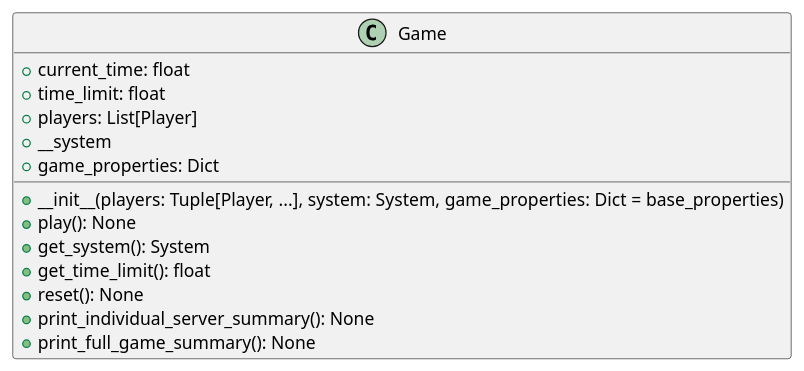
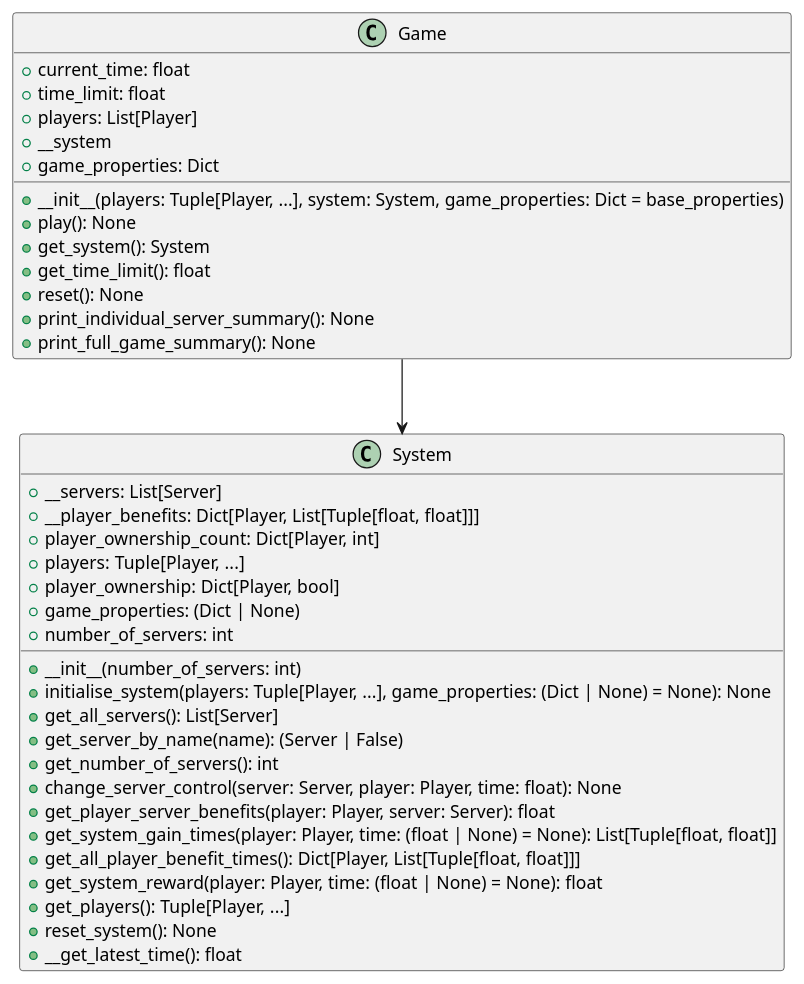
Before and after one commit to ruipimentel/FlipThem-Simulation: the diagram in DOCS/class-diagram.puml, drawn with PlantUML. The commit also changed 1 other file, not shown here.

Commit message:
Increments documentation on `System` class.

```diff
--- a/DOCS/class-diagram.puml
+++ b/DOCS/class-diagram.puml
@@ -1,18 +1,43 @@
 @startuml "class-diagram"
 
 class Game {
   + {field} current_time: float
   + {field} time_limit: float
   + {field} players: List[Player]
   + {field} __system
   + {field} game_properties: Dict
   + __init__(players: Tuple[Player, ...], system: System, game_properties: Dict = base_properties)
   + play(): None
   + get_system(): System
   + get_time_limit(): float
   + reset(): None
   + print_individual_server_summary(): None
   + print_full_game_summary(): None
 }
 
+class System {
+  + {field} __servers: List[Server]
+  + {field} __player_benefits: Dict[Player, List[Tuple[float, float]]]
+  + {field} player_ownership_count: Dict[Player, int]
+  + {field} players: Tuple[Player, ...]
+  + {field} player_ownership: Dict[Player, bool]
+  + {field} game_properties: (Dict | None)
+  + {field} number_of_servers: int
+  + __init__(number_of_servers: int)
+  + initialise_system(players: Tuple[Player, ...], game_properties: (Dict | None) = None): None
+  + get_all_servers(): List[Server]
+  + get_server_by_name(name): (Server | False)
+  + get_number_of_servers(): int
+  + change_server_control(server: Server, player: Player, time: float): None
+  + get_player_server_benefits(player: Player, server: Server): float
+  + get_system_gain_times(player: Player, time: (float | None) = None): List[Tuple[float, float]]
+  + get_all_player_benefit_times(): Dict[Player, List[Tuple[float, float]]]
+  + get_system_reward(player: Player, time: (float | None) = None): float
+  + get_players(): Tuple[Player, ...]
+  + reset_system(): None
+  + __get_latest_time(): float
+}
+
+Game --> System
+
 @enduml
```
